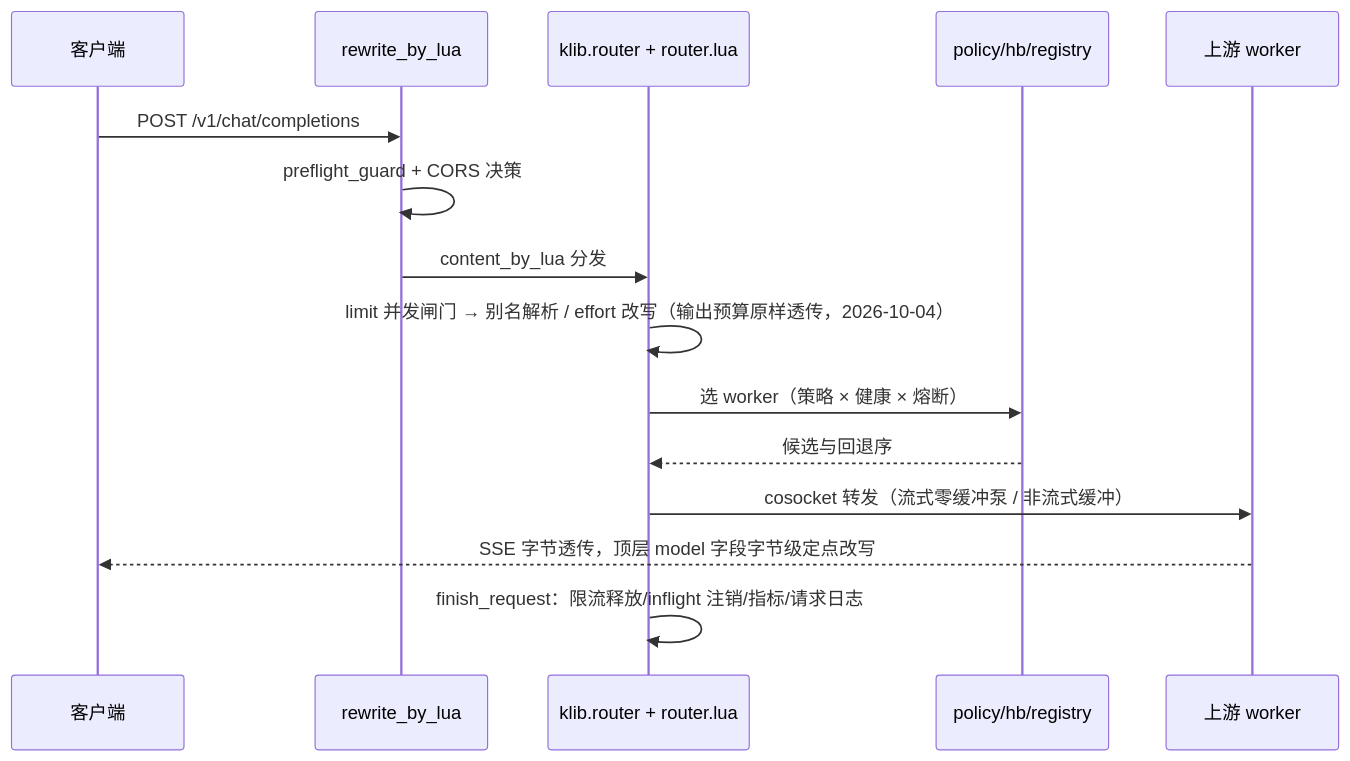
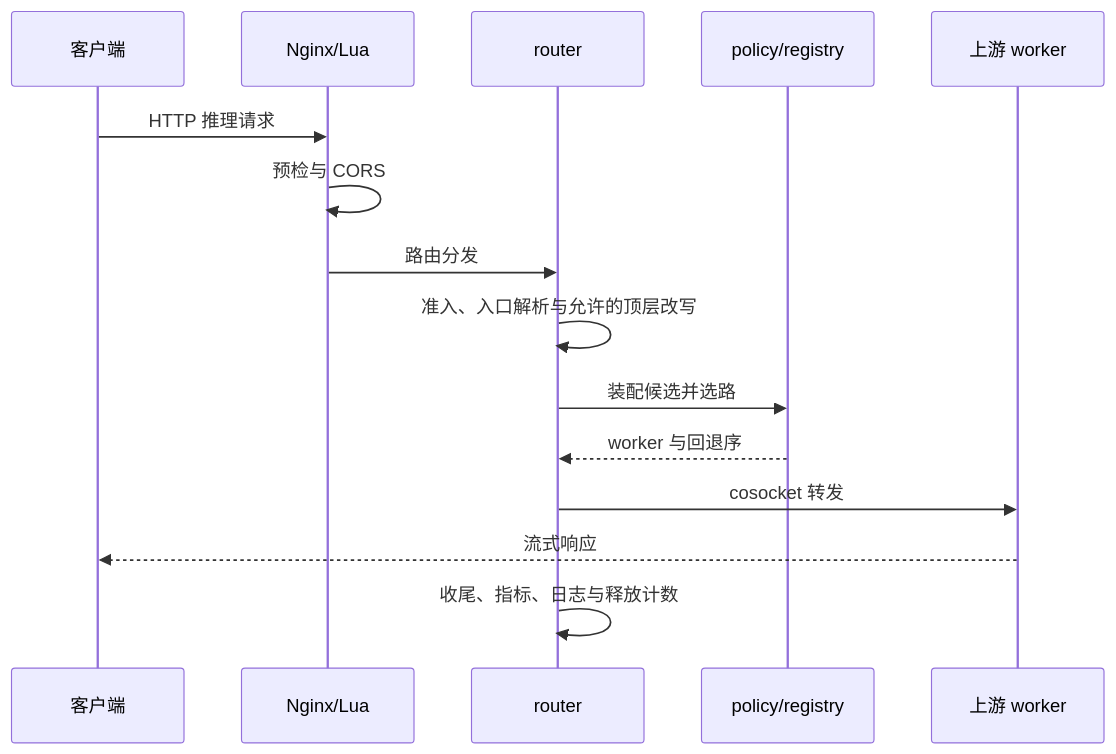
One commit to yorkane/lua-router changed the second of 2 diagrams in doc/architect.md. Above: the diagram before and after it, drawn with Mermaid. The commit also changed other lines of this file and 105 other files, not shown here.

````diff
--- a/doc/architect.md
+++ b/doc/architect.md
@@ -92,17 +31,17 @@
 ```mermaid
 sequenceDiagram
-  participant CL as 客户端
-  participant RW as rewrite_by_lua
-  participant KR as klib.router + router.lua
-  participant PL as policy/hb/registry
-  participant UP as 上游 worker
-  CL->>RW: POST /v1/chat/completions
-  RW->>RW: preflight_guard + CORS 决策
-  RW->>KR: content_by_lua 分发
-  KR->>KR: limit 并发闸门 → 别名解析 / effort 改写（输出预算原样透传，2026-10-04）
-  KR->>PL: 选 worker（策略 × 健康 × 熔断）
-  PL-->>KR: 候选与回退序
-  KR->>UP: cosocket 转发（流式零缓冲泵 / 非流式缓冲）
-  UP-->>CL: SSE 字节透传，顶层 model 字段字节级定点改写
-  KR->>KR: finish_request：限流释放/inflight 注销/指标/请求日志
+  participant C as 客户端
+  participant N as Nginx/Lua
+  participant R as router
+  participant P as policy/registry
+  participant W as 上游 worker
+  C->>N: HTTP 推理请求
+  N->>N: 预检与 CORS
+  N->>R: 路由分发
+  R->>R: 准入、入口解析与允许的顶层改写
+  R->>P: 装配候选并选路
+  P-->>R: worker 与回退序
+  R->>W: cosocket 转发
+  W-->>C: 流式响应
+  R->>R: 收尾、指标、日志与释放计数
 ```
````
